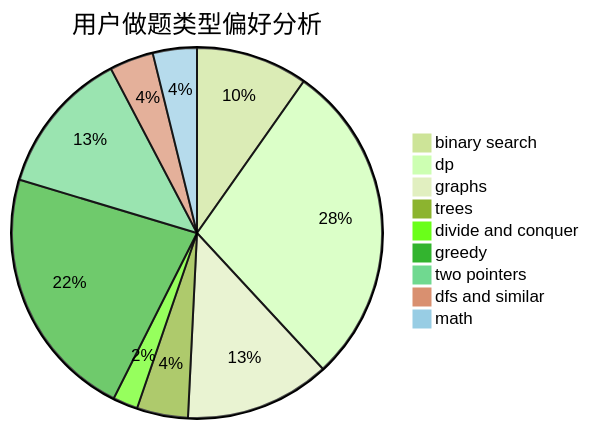
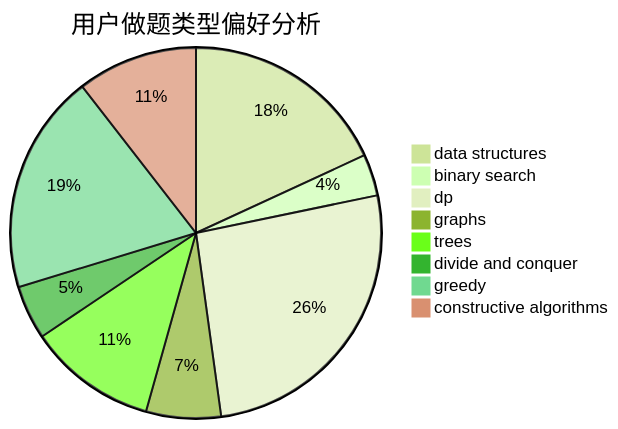
The second of 3 diagrams in docs/user/u1889.md (sherpahu/cfrs.github.io), drawn with Mermaid (forest theme) before and after one commit. The commit also changed other lines of this file and 2775 other files, not shown here.

````diff
--- a/docs/user/u1889.md
+++ b/docs/user/u1889.md
@@ -23,12 +23,11 @@
 ```mermaid
 pie title 用户做题类型偏好分析
-    "binary search" :  94
-    "dp" :  273
-    "graphs" :  122
-    "trees" :  43
-    "divide and conquer" :  21
-    "greedy" :  214
-    "two pointers" :  122
-    "dfs and similar" :  37
-    "math" :  37
+    "data structures" :  50
+    "binary search" :  10
+    "dp" :  72
+    "graphs" :  18
+    "trees" :  31
+    "divide and conquer" :  13
+    "greedy" :  53
+    "constructive algorithms" :  29
 ```
````
